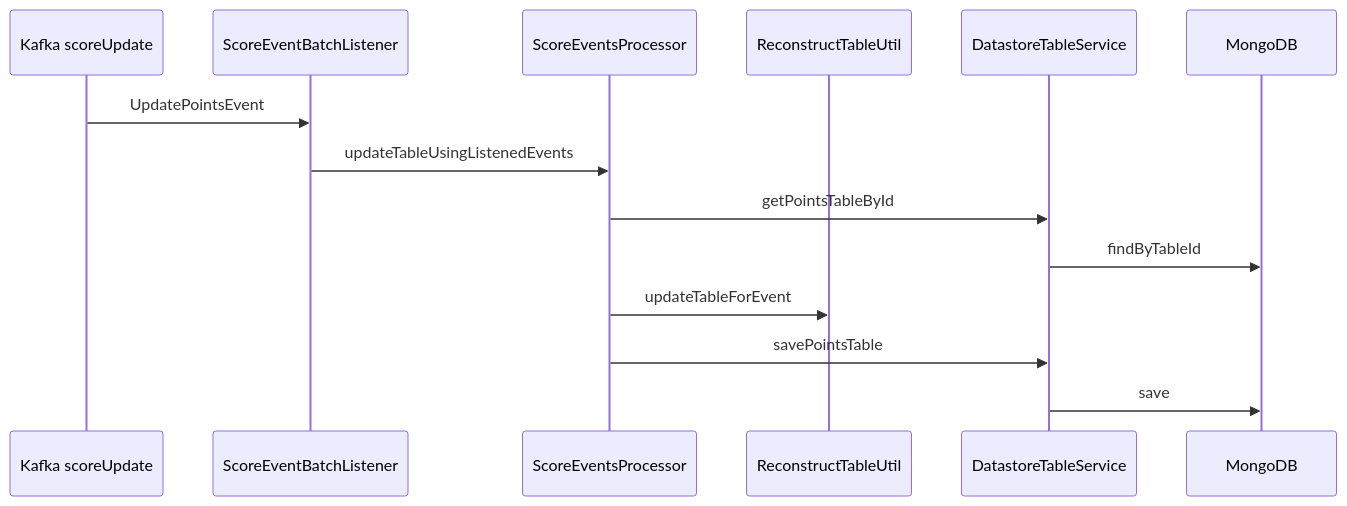
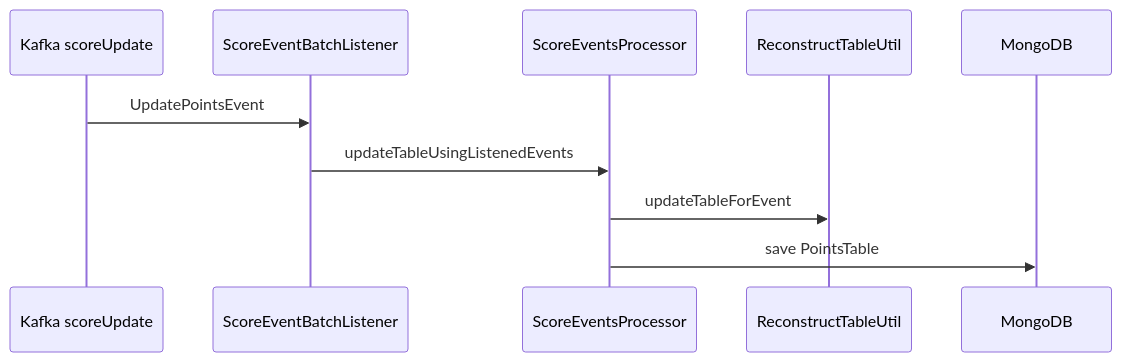
The diagram in score-event-processor/README.md (coder-gagan/league-table-management-system), drawn with Mermaid before and after one commit. The commit also changed other lines of this file and 79 other files, not shown here.

````diff
--- a/score-event-processor/README.md
+++ b/score-event-processor/README.md
@@ -30,17 +30,13 @@
 ```mermaid
 sequenceDiagram
   participant K as Kafka scoreUpdate
   participant L as ScoreEventBatchListener
   participant P as ScoreEventsProcessor
   participant U as ReconstructTableUtil
-  participant D as DatastoreTableService
   participant M as MongoDB
 
   K->>L: UpdatePointsEvent
   L->>P: updateTableUsingListenedEvents
-  P->>D: getPointsTableById
-  D->>M: findByTableId
   P->>U: updateTableForEvent
-  P->>D: savePointsTable
-  D->>M: save
+  P->>M: save PointsTable
 ```
````
